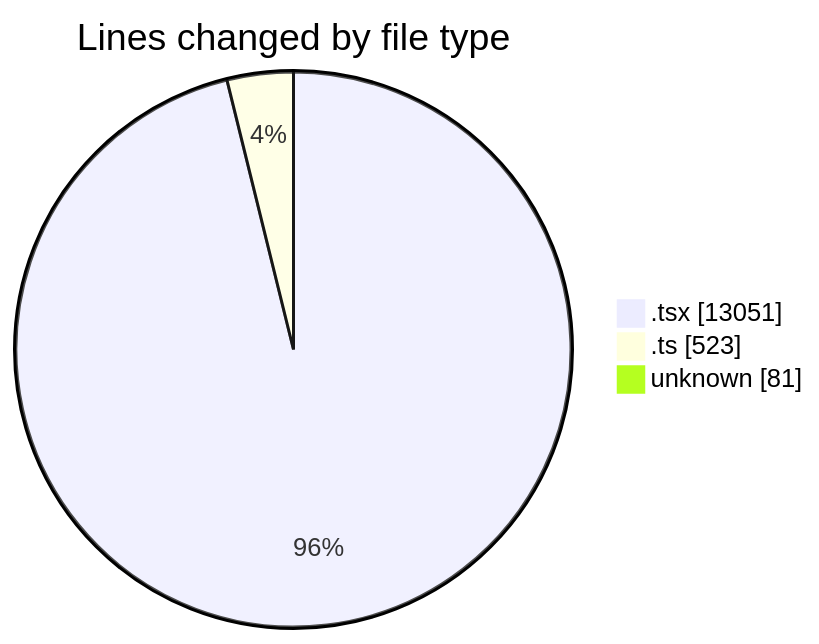
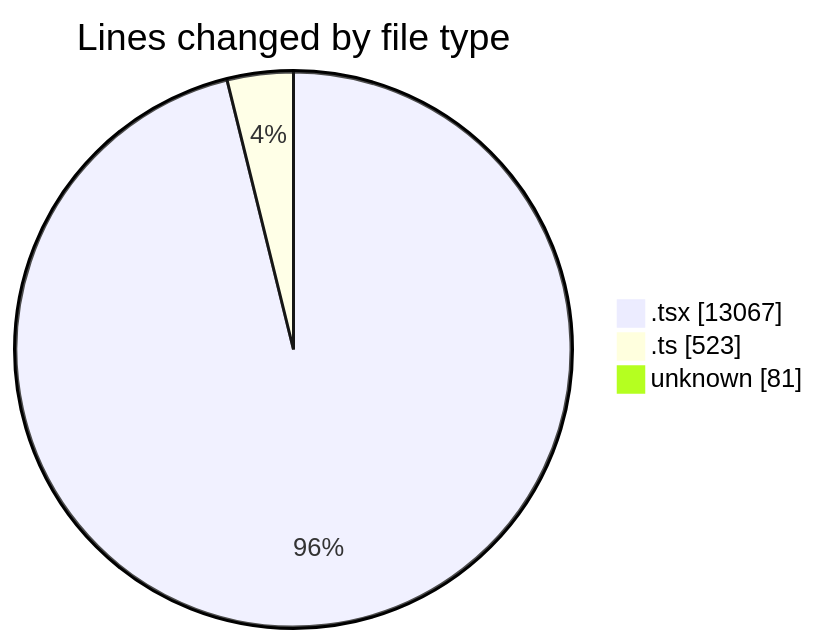
The first of 2 diagrams in 2026-04-05/nxtqube_webapp/README.md (nxtqubesakshisongat/code-tracking), drawn with Mermaid before and after one commit. The commit also changed other lines of this file and 1 other file, not shown here.

````diff
--- a/2026-04-05/nxtqube_webapp/README.md
+++ b/2026-04-05/nxtqube_webapp/README.md
@@ -27,7 +27,7 @@
 ```mermaid
 pie showData
 title Lines changed by file type
-".tsx" : 13051
+".tsx" : 13067
 ".ts" : 523
 "unknown" : 81
 ```
````
